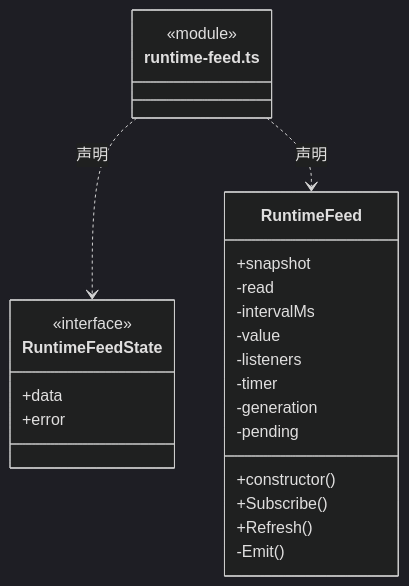
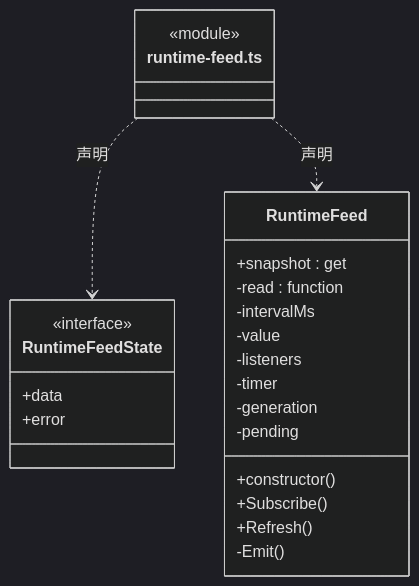
The second of 11 diagrams in src/view/runtime/ARCHITECTURE.md (nan023062/cbim), drawn with Mermaid (dark theme) before and after one commit. The commit also changed other lines of this file and 137 other files, not shown here.

Commit message:
fix: align architecture generator with documentation standards

````diff
--- a/src/view/runtime/ARCHITECTURE.md
+++ b/src/view/runtime/ARCHITECTURE.md
@@ -106,27 +108,27 @@
 ```mermaid
 classDiagram
 class N_src_view_runtime_runtime_feed_ts["runtime-feed.ts"] {
   <<module>>
 }
 class N_src_view_runtime_runtime_feed_ts_RuntimeFeedState["RuntimeFeedState"] {
   <<interface>>
   +data
   +error
 }
 N_src_view_runtime_runtime_feed_ts ..> N_src_view_runtime_runtime_feed_ts_RuntimeFeedState : 声明
 class N_src_view_runtime_runtime_feed_ts_RuntimeFeed["RuntimeFeed"] {
   +constructor()
-  +snapshot
+  +snapshot : get
   +Subscribe()
   +Refresh()
-  -read
+  -read : function
   -intervalMs
   -value
   -listeners
   -timer
   -generation
   -pending
   -Emit()
 }
 N_src_view_runtime_runtime_feed_ts ..> N_src_view_runtime_runtime_feed_ts_RuntimeFeed : 声明
 ```
````
